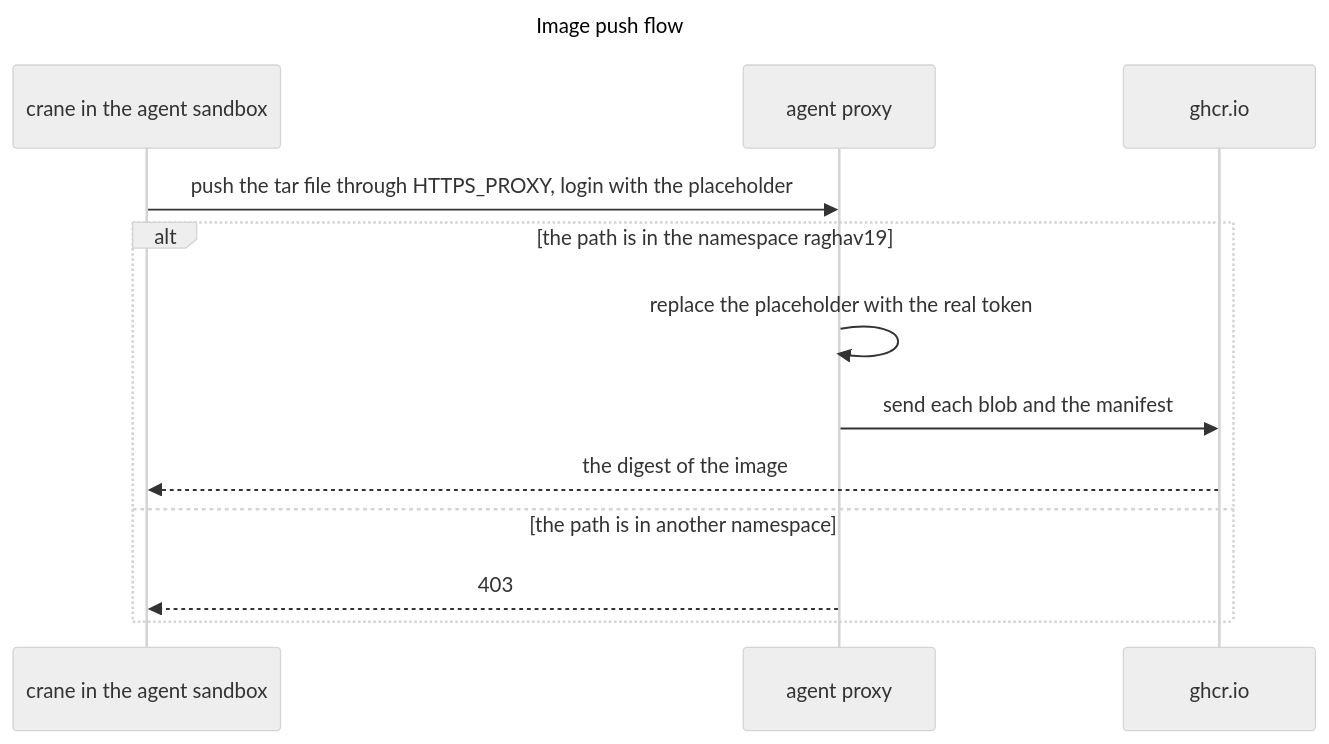
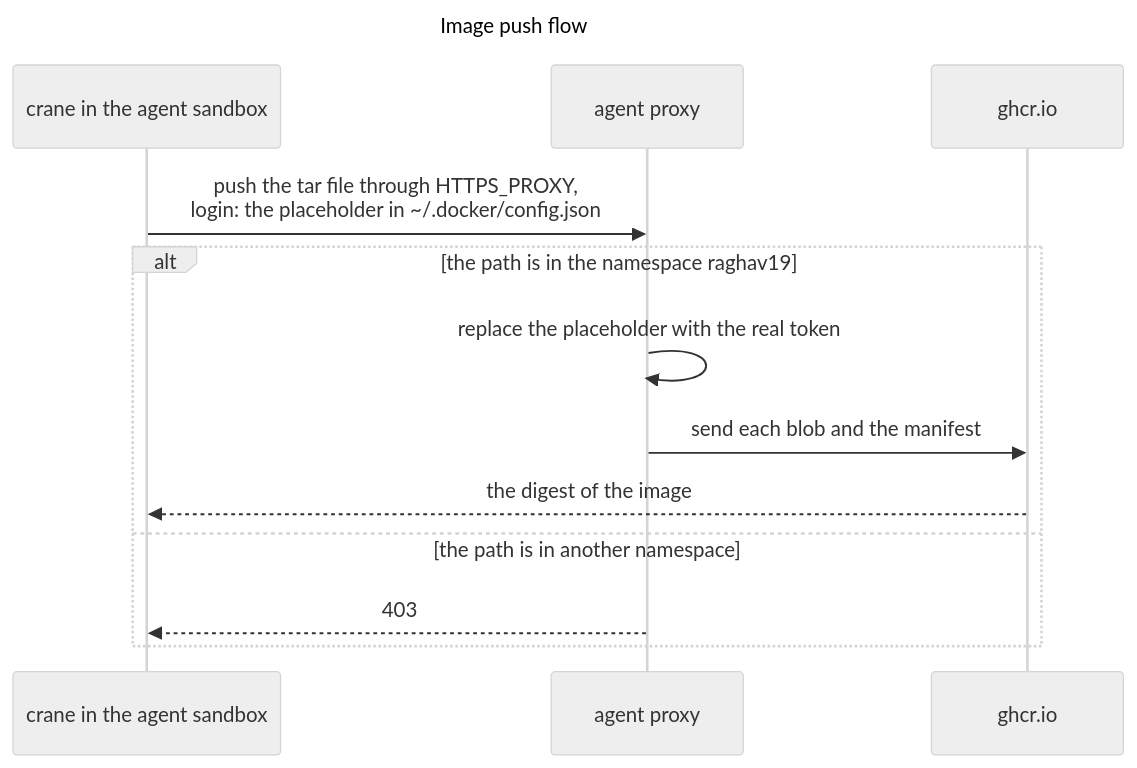
One commit to raghav19/engineersdaybook changed the sixth of 6 diagrams in .devcontainer/README.md. Above: the diagram before and after it, drawn with Mermaid (neutral theme). The commit also changed other lines of this file, not shown here.

First line of the commit message:
docs: clearer flows: CONNECT and TLS steps, short lines, socket and login

````diff
--- a/.devcontainer/README.md
+++ b/.devcontainer/README.md
@@ -291,17 +296,17 @@
 ```mermaid
 ---
 title: Image push flow
 ---
 sequenceDiagram
     participant crane as crane in the agent sandbox
     participant HP as agent proxy
     participant GH as ghcr.io
-    crane->>HP: push the tar file through HTTPS_PROXY, login with the placeholder
+    crane->>HP: push the tar file through HTTPS_PROXY,<br/>login: the placeholder in ~/.docker/config.json
     alt the path is in the namespace raghav19
         HP->>HP: replace the placeholder with the real token
         HP->>GH: send each blob and the manifest
         GH-->>crane: the digest of the image
     else the path is in another namespace
         HP-->>crane: 403
     end
 ```
````
